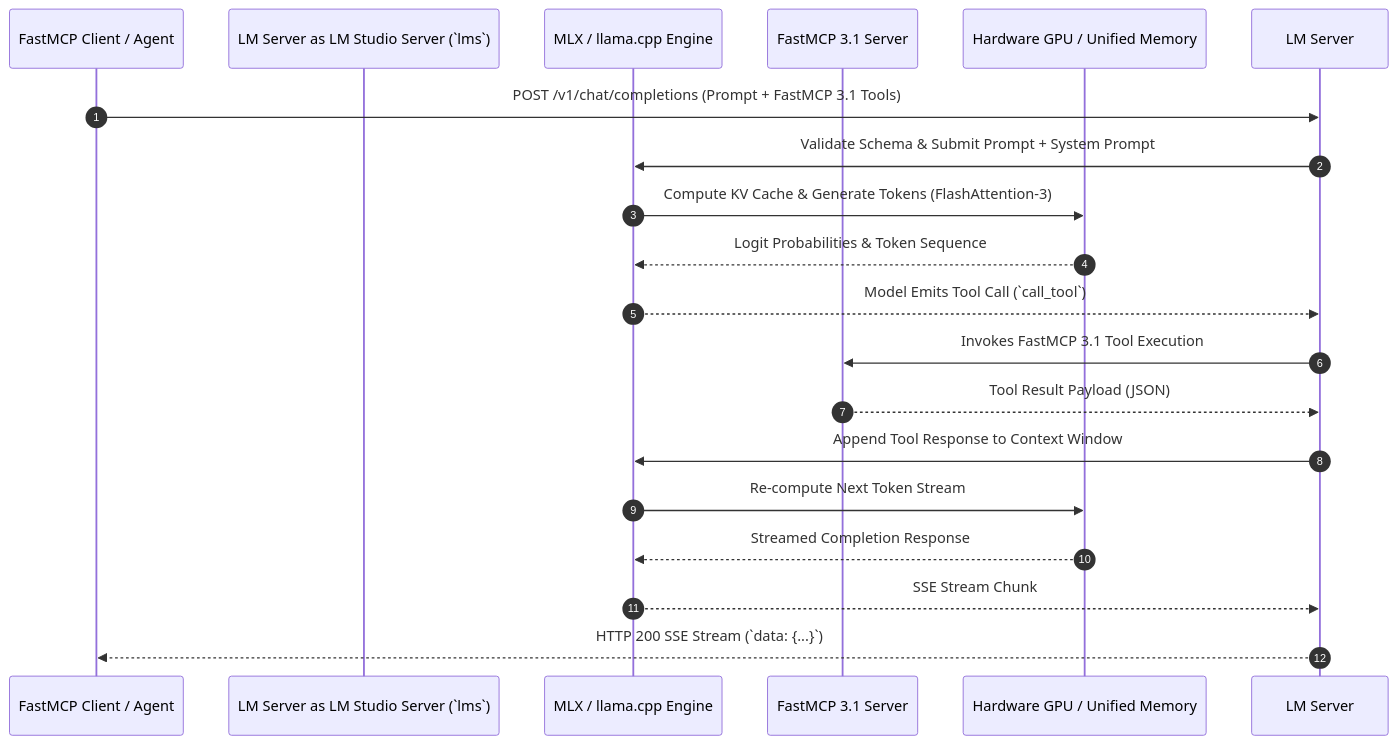
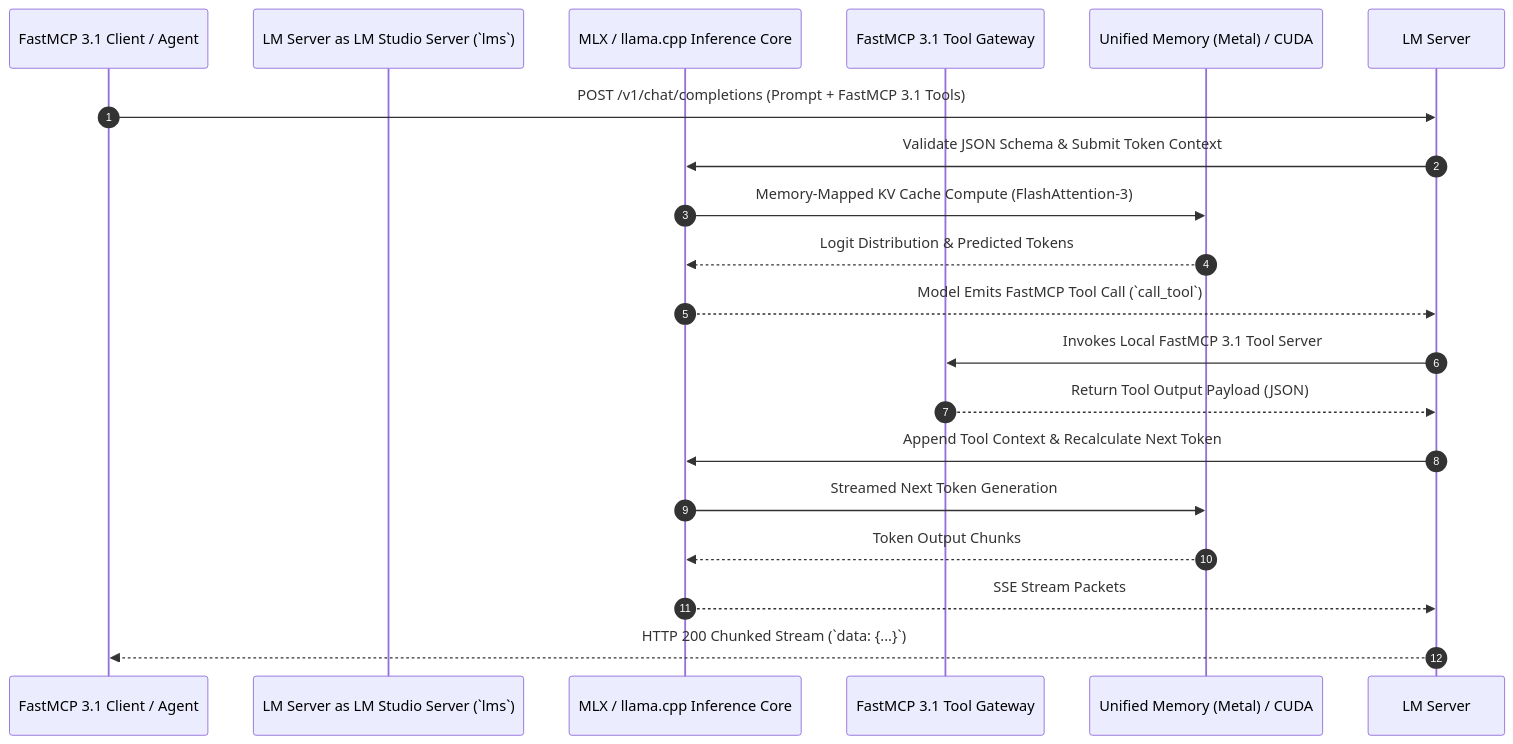
Before and after one commit to joanmarcriera/Home-office-automations: the diagram in docs/tools/infrastructure/lm-studio.md, drawn with Mermaid. The commit also changed other lines of this file and 5 other files, not shown here.

````diff
--- a/docs/tools/infrastructure/lm-studio.md
+++ b/docs/tools/infrastructure/lm-studio.md
@@ -105,22 +6,22 @@
 ```mermaid
 sequenceDiagram
     autonumber
-    participant Client as FastMCP Client / Agent
+    participant Client as FastMCP 3.1 Client / Agent
     participant LM Server as LM Studio Server (`lms`)
-    participant Engine as MLX / llama.cpp Engine
-    participant MCP as FastMCP 3.1 Server
-    participant GPU as Hardware GPU / Unified Memory
+    participant Engine as MLX / llama.cpp Inference Core
+    participant MCP as FastMCP 3.1 Tool Gateway
+    participant Hardware as Unified Memory (Metal) / CUDA
 
     Client->>LM Server: POST /v1/chat/completions (Prompt + FastMCP 3.1 Tools)
-    LM Server->>Engine: Validate Schema & Submit Prompt + System Prompt
-    Engine->>GPU: Compute KV Cache & Generate Tokens (FlashAttention-3)
-    GPU-->>Engine: Logit Probabilities & Token Sequence
-    Engine-->>LM Server: Model Emits Tool Call (`call_tool`)
-    LM Server->>MCP: Invokes FastMCP 3.1 Tool Execution
-    MCP-->>LM Server: Tool Result Payload (JSON)
-    LM Server->>Engine: Append Tool Response to Context Window
-    Engine->>GPU: Re-compute Next Token Stream
-    GPU-->>Engine: Streamed Completion Response
-    Engine-->>LM Server: SSE Stream Chunk
-    LM Server-->>Client: HTTP 200 SSE Stream (`data: {...}`)
+    LM Server->>Engine: Validate JSON Schema & Submit Token Context
+    Engine->>Hardware: Memory-Mapped KV Cache Compute (FlashAttention-3)
+    Hardware-->>Engine: Logit Distribution & Predicted Tokens
+    Engine-->>LM Server: Model Emits FastMCP Tool Call (`call_tool`)
+    LM Server->>MCP: Invokes Local FastMCP 3.1 Tool Server
+    MCP-->>LM Server: Return Tool Output Payload (JSON)
+    LM Server->>Engine: Append Tool Context & Recalculate Next Token
+    Engine->>Hardware: Streamed Next Token Generation
+    Hardware-->>Engine: Token Output Chunks
+    Engine-->>LM Server: SSE Stream Packets
+    LM Server-->>Client: HTTP 200 Chunked Stream (`data: {...}`)
 ```
````
